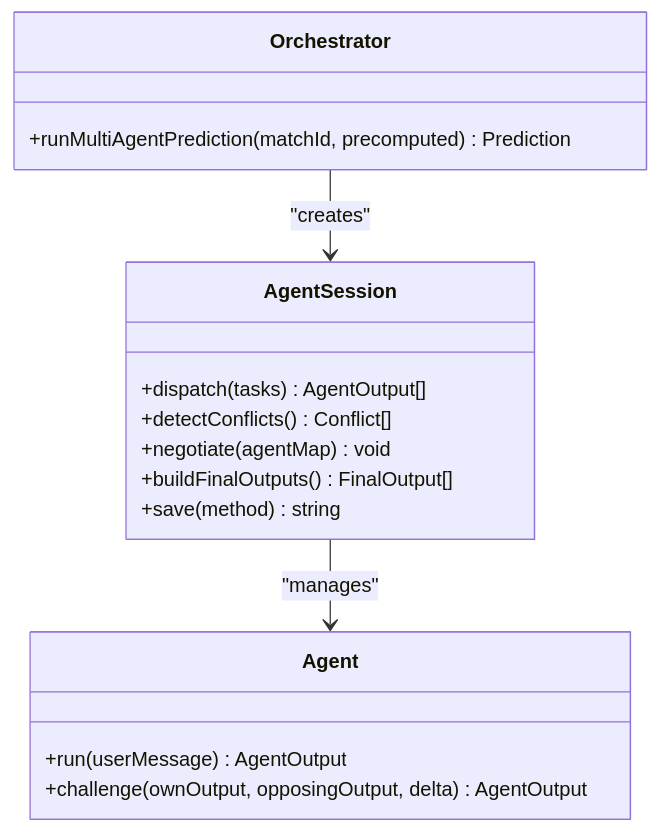
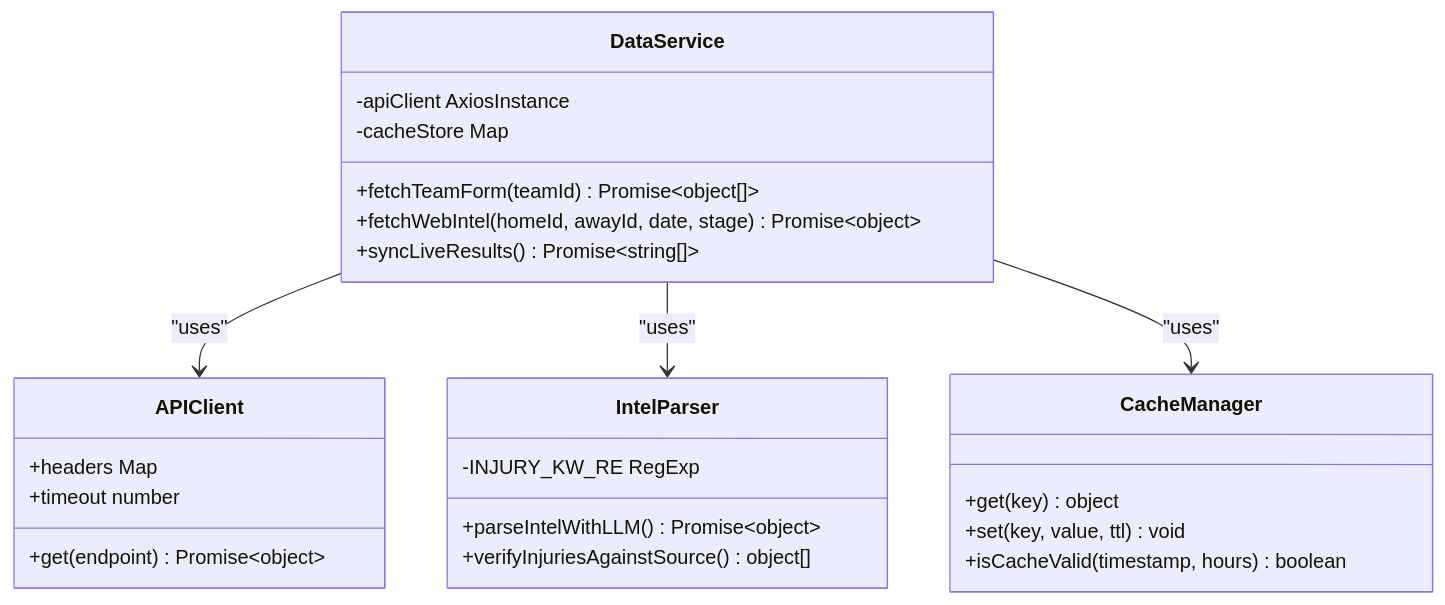
The fifth of 10 diagrams in .qoder/repowiki/en/content/System Architecture/Backend Architecture.md (cheesiong/WC26-qwen), drawn with Mermaid before and after one commit. The commit also changed other lines of this file and 181 other files, not shown here.

First line of the commit message:
Add Sofascore and Google multi-source lineup scrapers

````diff
--- a/.qoder/repowiki/en/content/System Architecture/Backend Architecture.md
+++ b/.qoder/repowiki/en/content/System Architecture/Backend Architecture.md
@@ -357,19 +241,28 @@
 ```mermaid
 classDiagram
-class Agent {
-+run(userMessage) AgentOutput
-+challenge(ownOutput, opposingOutput, delta) AgentOutput
+class DataService {
++fetchTeamForm(teamId) Promise~object[]~
++fetchWebIntel(homeId, awayId, date, stage) Promise~object~
++syncLiveResults() Promise~string[]~
+-apiClient AxiosInstance
+-cacheStore Map
 }
-class AgentSession {
-+dispatch(tasks) AgentOutput[]
-+detectConflicts() Conflict[]
-+negotiate(agentMap) void
-+buildFinalOutputs() FinalOutput[]
-+save(method) string
+class APIClient {
++get(endpoint) Promise~object~
++headers Map
++timeout number
 }
-class Orchestrator {
-+runMultiAgentPrediction(matchId, precomputed) Prediction
+class IntelParser {
++parseIntelWithLLM() Promise~object~
++verifyInjuriesAgainstSource() object[]
+-INJURY_KW_RE RegExp
 }
-Orchestrator --> AgentSession : "creates"
-AgentSession --> Agent : "manages"
+class CacheManager {
++get(key) object
++set(key, value, ttl) void
++isCacheValid(timestamp, hours) boolean
+}
+DataService --> APIClient : "uses"
+DataService --> IntelParser : "uses"
+DataService --> CacheManager : "uses"
 ```
````
